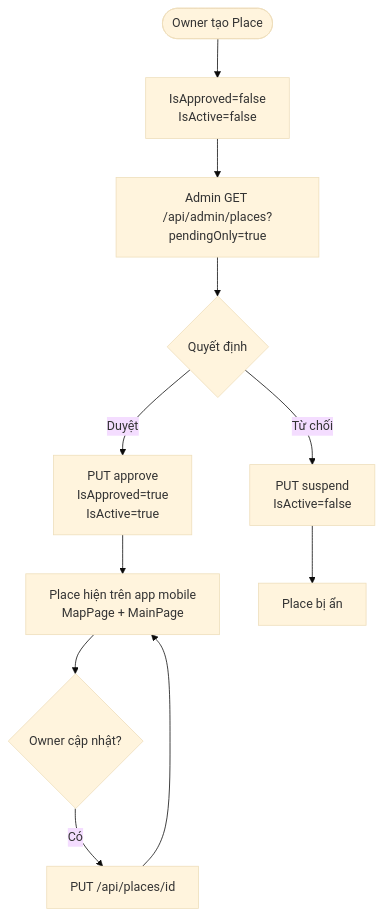
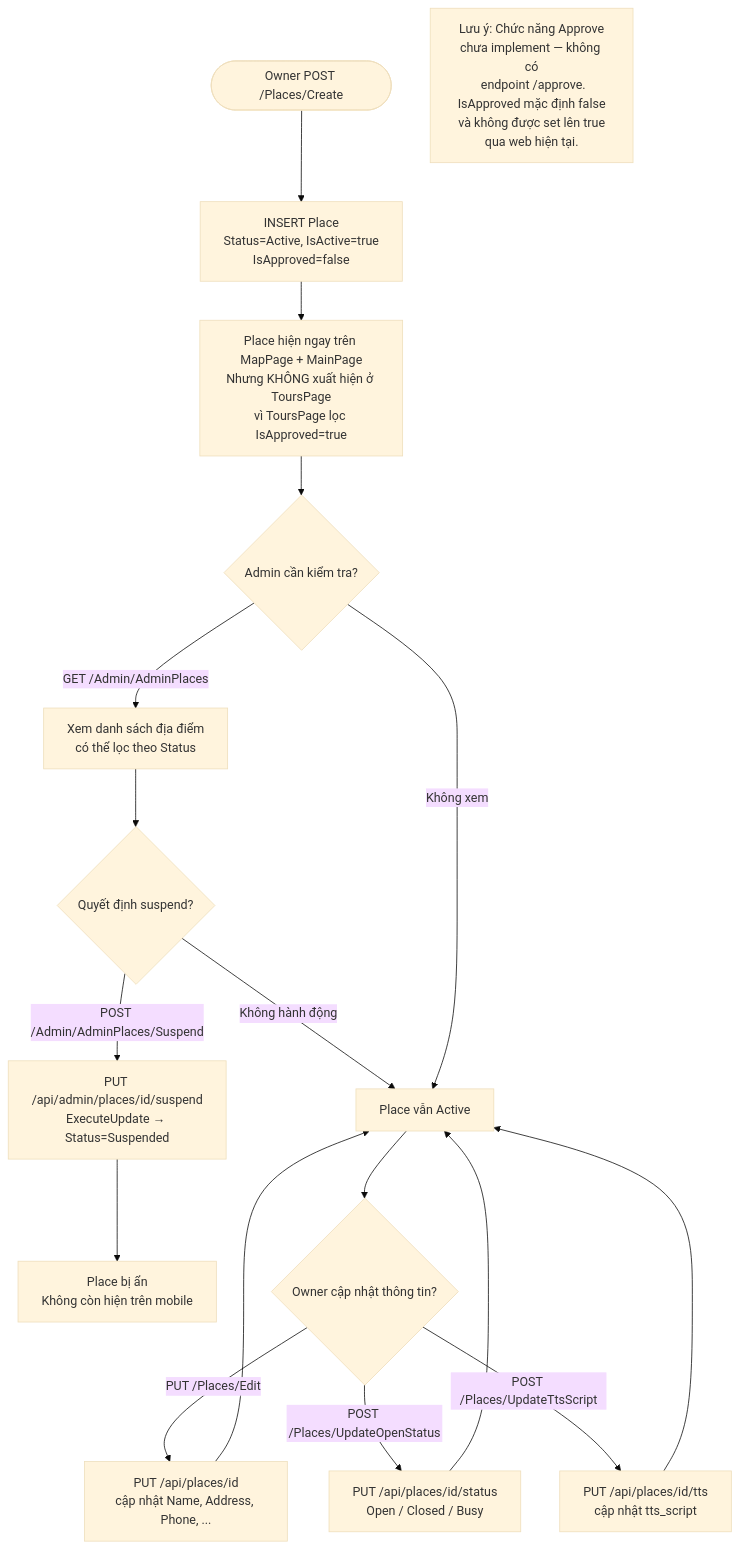
One commit to MTai55/csharp changed diagram 23 of 25 in PRD.md. Above: the diagram before and after it, drawn with Mermaid (base theme). The commit also changed other lines of this file and 7 other files, not shown here.

Commit message:
optimize và web sequence

````diff
--- a/PRD.md
+++ b/PRD.md
@@ -2152,13 +2207,23 @@
 ```mermaid
 flowchart TD
-    A([Owner tạo Place]) --> B[IsApproved=false\nIsActive=false]
-    B --> C[Admin GET /api/admin/places?pendingOnly=true]
-    C --> D{Quyết định}
-    D -->|Duyệt| E[PUT approve\nIsApproved=true\nIsActive=true]
-    D -->|Từ chối| F[PUT suspend\nIsActive=false]
-    E --> G[Place hiện trên app mobile\nMapPage + MainPage]
-    F --> H[Place bị ẩn]
-    G --> I{Owner cập nhật?}
-    I -->|Có| J[PUT /api/places/id]
-    J --> G
+    A([Owner POST /Places/Create]) --> B[INSERT Place\nStatus=Active, IsActive=true\nIsApproved=false]
+    B --> C[Place hiện ngay trên MapPage + MainPage\nNhưng KHÔNG xuất hiện ở ToursPage\nvì ToursPage lọc IsApproved=true]
+
+    C --> D{Admin cần kiểm tra?}
+    D -->|GET /Admin/AdminPlaces| E[Xem danh sách địa điểm\ncó thể lọc theo Status]
+    E --> F{Quyết định suspend?}
+    F -->|POST /Admin/AdminPlaces/Suspend| G[PUT /api/admin/places/id/suspend\nExecuteUpdate → Status=Suspended]
+    G --> H[Place bị ẩn\nKhông còn hiện trên mobile]
+    F -->|Không hành động| I[Place vẫn Active]
+
+    D -->|Không xem| I
+    I --> J{Owner cập nhật thông tin?}
+    J -->|PUT /Places/Edit| K[PUT /api/places/id\ncập nhật Name, Address, Phone, ...]
+    J -->|POST /Places/UpdateOpenStatus| L[PUT /api/places/id/status\nOpen / Closed / Busy]
+    J -->|POST /Places/UpdateTtsScript| M[PUT /api/places/id/tts\ncập nhật tts_script]
+    K --> I
+    L --> I
+    M --> I
+
+    Note1[Lưu ý: Chức năng Approve\nchưa implement — không có\n endpoint /approve.\nIsApproved mặc định false\nvà không được set lên true\nqua web hiện tại.]
 ```
````
